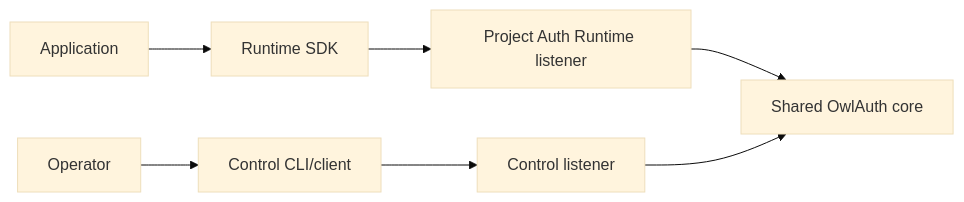
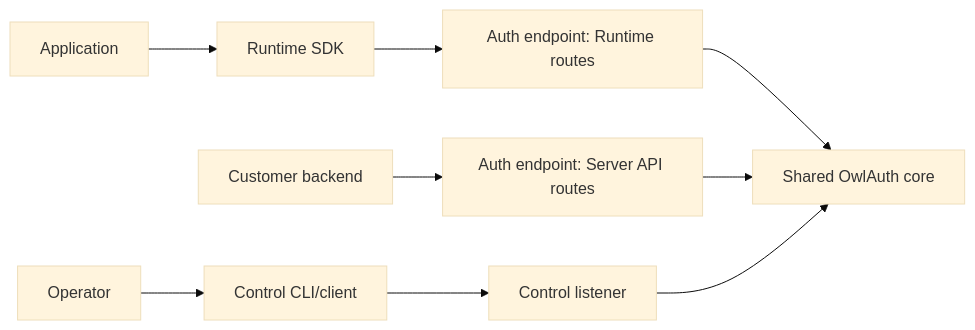
The diagram in docs/guide/sdks.md (owlfoundry/owlauth), drawn with Mermaid (base theme) before and after one commit. The commit also changed other lines of this file and 182 other files, not shown here.

First line of the commit message:
feat(server+cli)!: replace client API with project server API

````diff
--- a/docs/guide/sdks.md
+++ b/docs/guide/sdks.md
@@ -34,9 +34,11 @@
 ```mermaid
 flowchart LR
     App[Application] --> SDK[Runtime SDK]
-    SDK --> Runtime[Project Auth Runtime listener]
-    Runtime --> Core[Shared OwlAuth core]
+    SDK --> Auth[Auth endpoint: Runtime routes]
+    Backend[Customer backend] --> Server[Auth endpoint: Server API routes]
+    Auth --> Core[Shared OwlAuth core]
+    Server --> Core
     Operator[Operator] --> CLI[Control CLI/client]
     CLI --> Control[Control listener]
     Control --> Core
 ```
````
